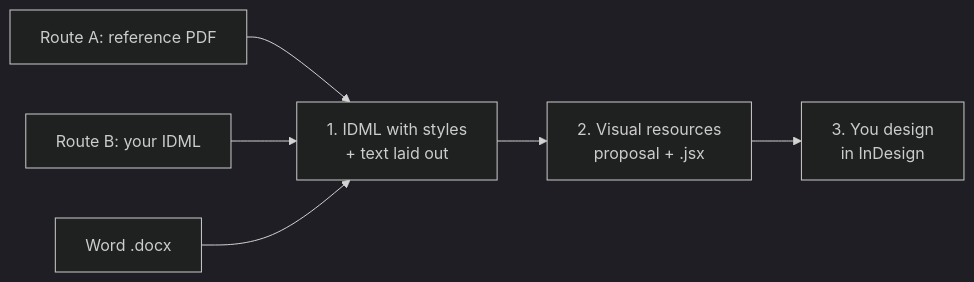
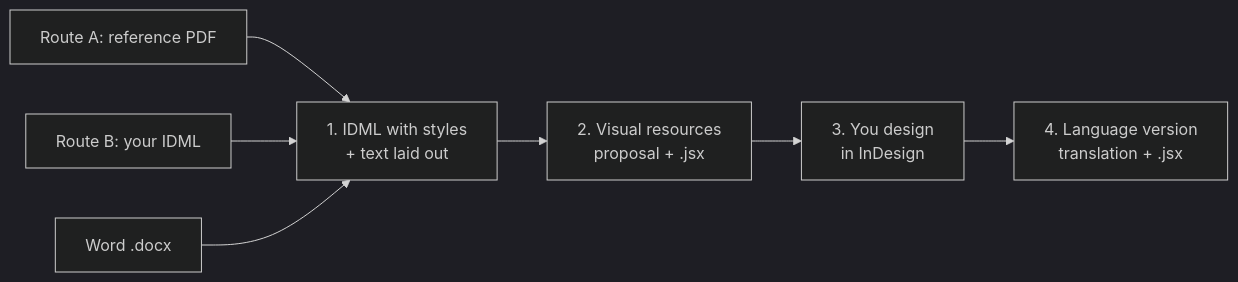
The diagram in README.md (merysugy/skillhub-indesign), drawn with Mermaid (dark theme) before and after one commit. The commit also changed other lines of this file and 9 other files, not shown here.

````diff
--- a/README.md
+++ b/README.md
@@ -83,8 +84,9 @@
 ```mermaid
 flowchart LR
     A[Route A: reference PDF] --> S1
     B[Route B: your IDML] --> S1
     W[Word .docx] --> S1
     S1[1. IDML with styles<br/>+ text laid out] --> S2[2. Visual resources<br/>proposal + .jsx]
     S2 --> S3[3. You design<br/>in InDesign]
+    S3 --> S4[4. Language version<br/>translation + .jsx]
 ```
````
